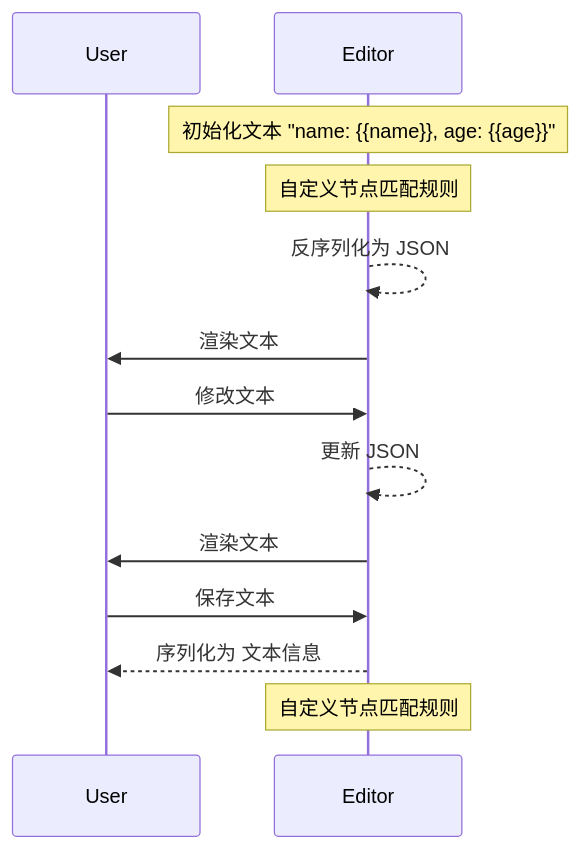
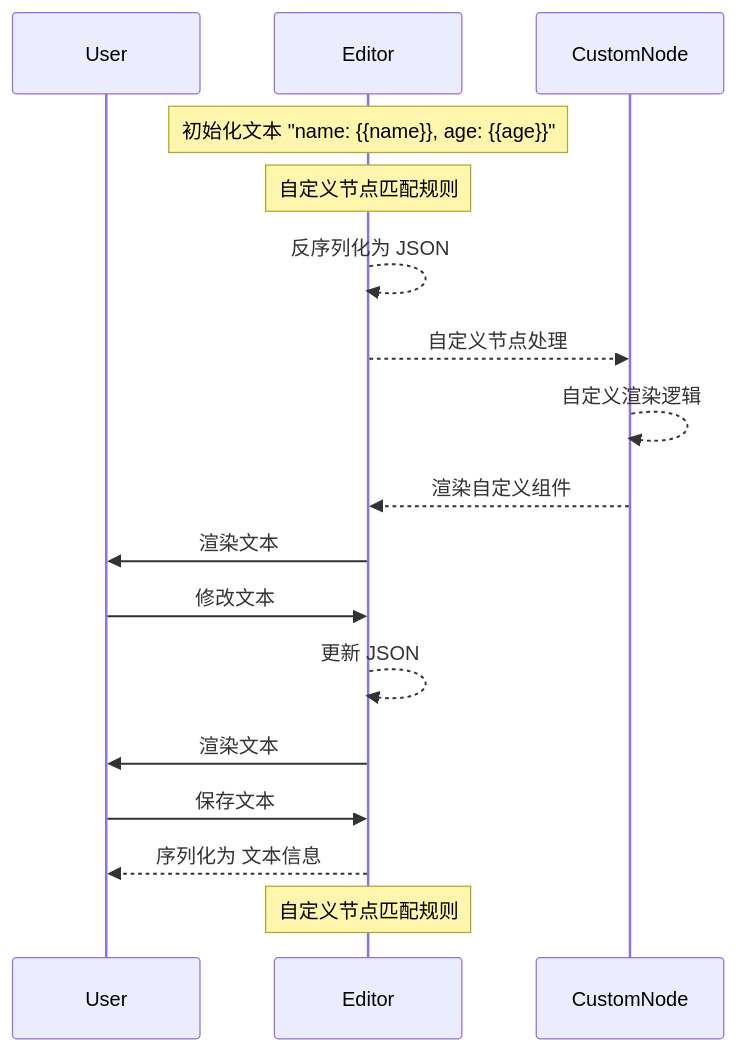
Before and after one commit to marvin-season/blog-website: the diagram in docs/rich-editor/tiptap.mdx, drawn with Mermaid. The commit also changed other lines of this file, not shown here.

````diff
--- a/docs/rich-editor/tiptap.mdx
+++ b/docs/rich-editor/tiptap.mdx
@@ -10,17 +18,21 @@
 ```mermaid
 sequenceDiagram
     participant User
     participant Editor
+    participant CustomNode
 
     Note over Editor: 初始化文本 "name: {{name}}, age: {{age}}"
     Note over Editor: 自定义节点匹配规则
     Editor-->>Editor: 反序列化为 JSON
+    Editor-->>CustomNode: 自定义节点处理
+    CustomNode-->>CustomNode: 自定义渲染逻辑
+    CustomNode -->>Editor: 渲染自定义组件
     Editor->>User: 渲染文本
     User->>Editor: 修改文本
     Editor-->>Editor: 更新 JSON
     Editor->>User: 渲染文本
     User->>Editor: 保存文本
     
     Editor-->>User: 序列化为 文本信息
     Note over Editor: 自定义节点匹配规则
 ```
````
